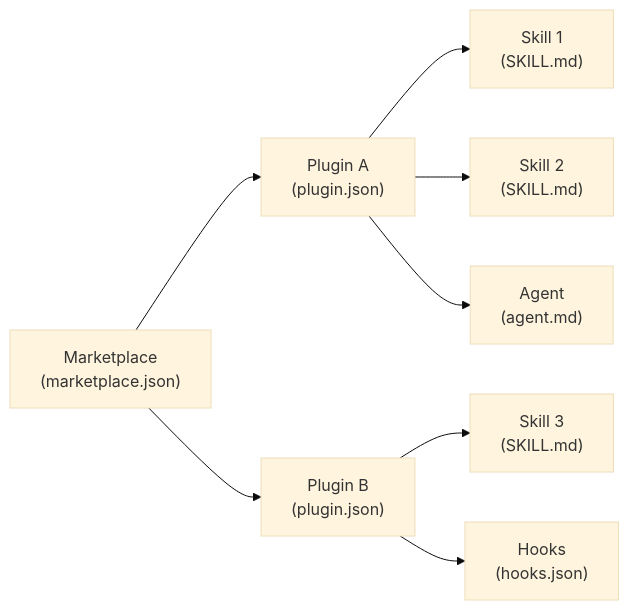
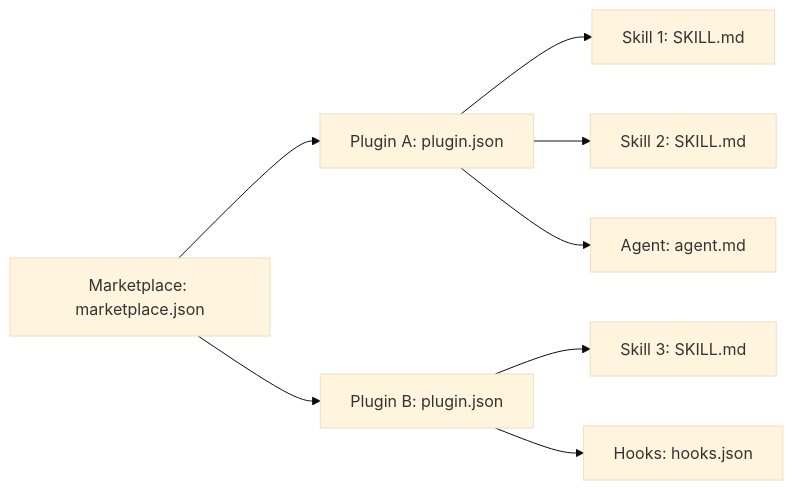
The diagram in docs-site/docs/skills/fundamentals.md (anton-abyzov/specweave), drawn with Mermaid (base theme) before and after one commit. The commit also changed other lines of this file and 105 other files, not shown here.

Commit message:
Reorganize site content, add scroll sequences and tutorial guides

````diff
--- a/docs-site/docs/skills/fundamentals.md
+++ b/docs-site/docs/skills/fundamentals.md
@@ -30,10 +30,10 @@
 ```mermaid
 flowchart LR
-    MP["Marketplace<br/>(marketplace.json)"] --> P1["Plugin A<br/>(plugin.json)"]
-    MP --> P2["Plugin B<br/>(plugin.json)"]
-    P1 --> S1["Skill 1<br/>(SKILL.md)"]
-    P1 --> S2["Skill 2<br/>(SKILL.md)"]
-    P1 --> A1["Agent<br/>(agent.md)"]
-    P2 --> S3["Skill 3<br/>(SKILL.md)"]
-    P2 --> H1["Hooks<br/>(hooks.json)"]
+    MP["Marketplace: marketplace.json"] --> P1["Plugin A: plugin.json"]
+    MP --> P2["Plugin B: plugin.json"]
+    P1 --> S1["Skill 1: SKILL.md"]
+    P1 --> S2["Skill 2: SKILL.md"]
+    P1 --> A1["Agent: agent.md"]
+    P2 --> S3["Skill 3: SKILL.md"]
+    P2 --> H1["Hooks: hooks.json"]
 ```
````
